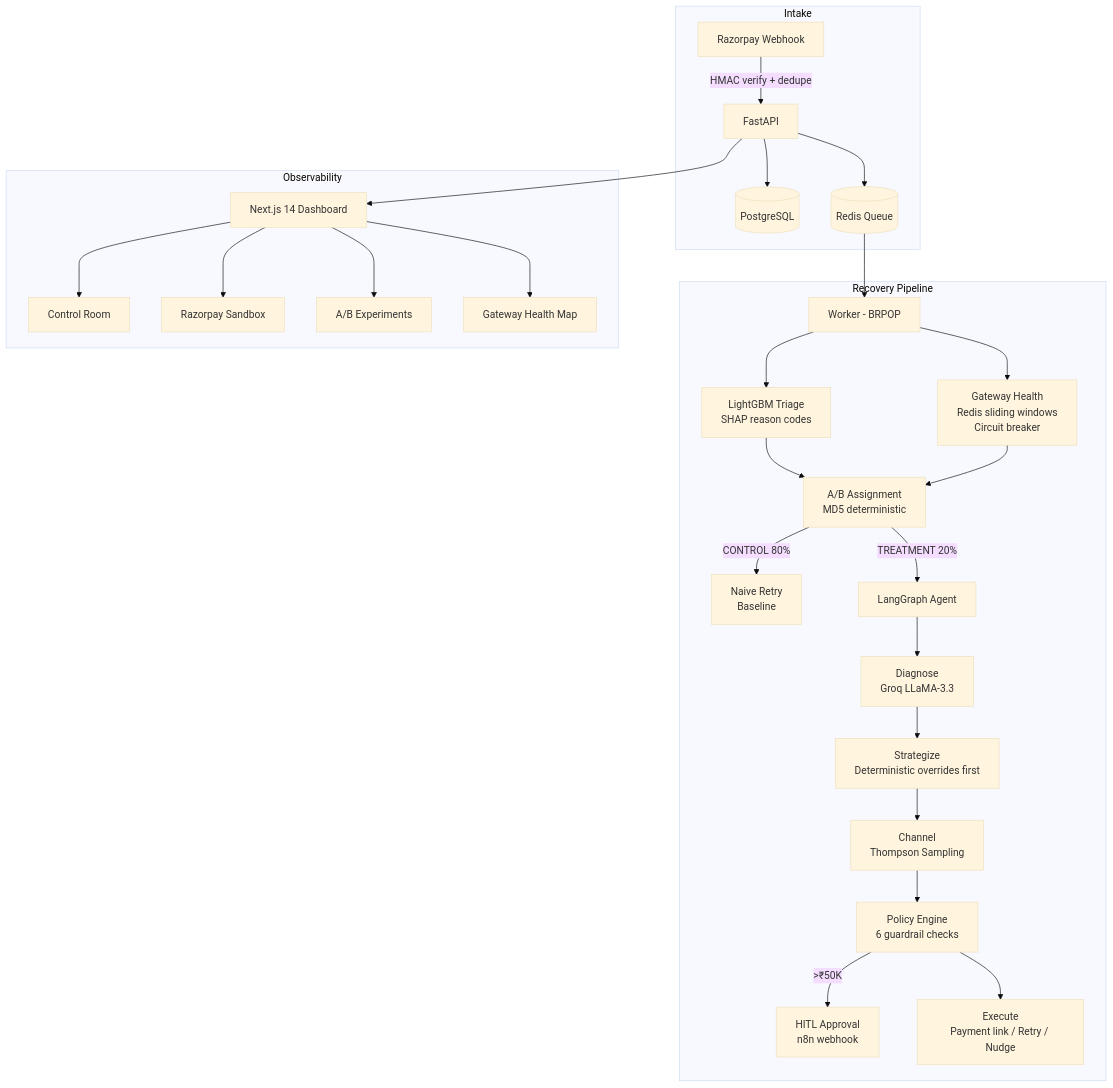
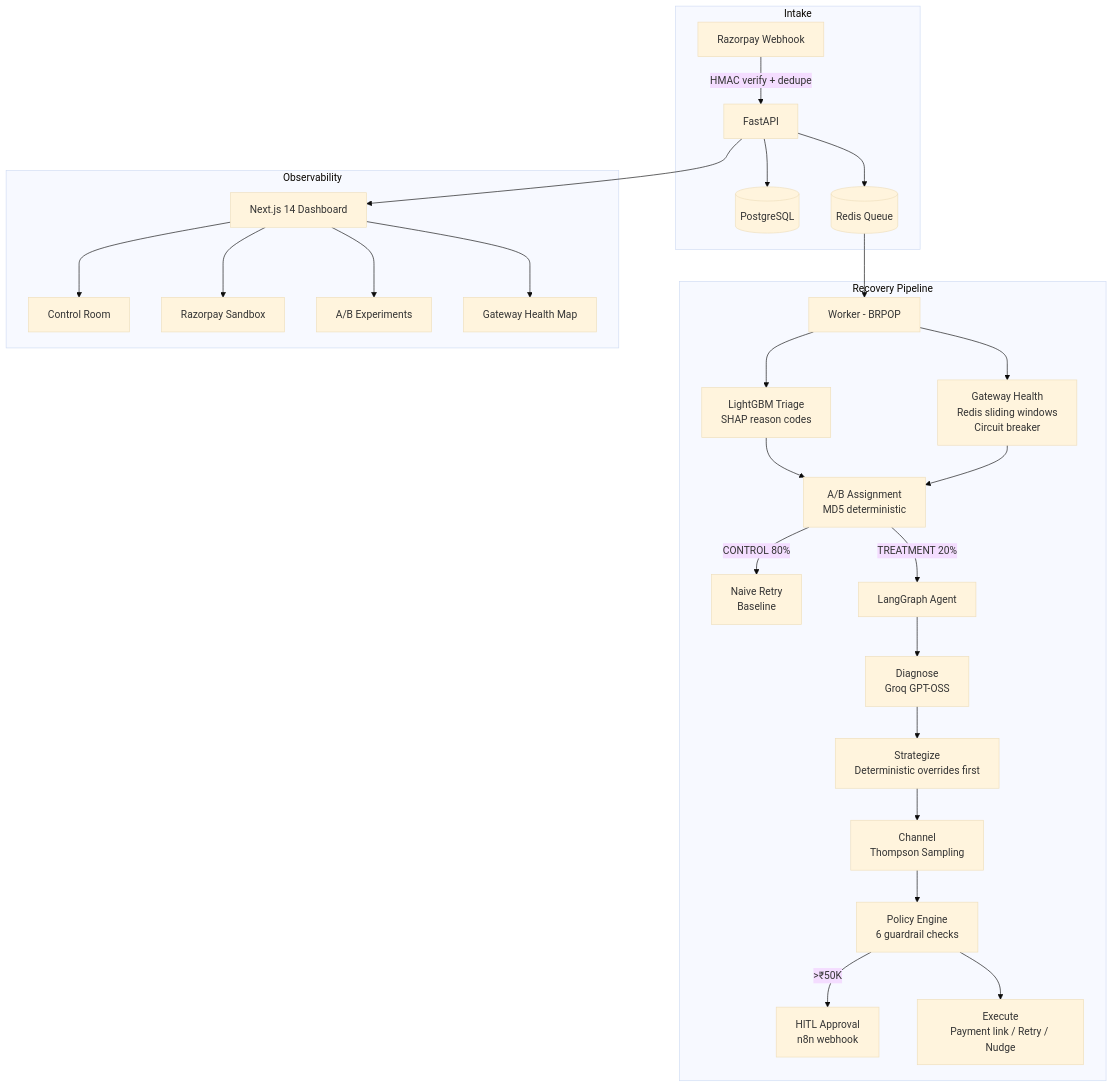
Before and after one commit to tusharg007/revenueguard-ai: the diagram in README.md, drawn with Mermaid (base theme). The commit also changed other lines of this file and 1 other file, not shown here.

````diff
--- a/README.md
+++ b/README.md
@@ -21,31 +21,31 @@
 ```mermaid
 flowchart TD
     subgraph Intake
         RZ[Razorpay Webhook] -->|HMAC verify + dedupe| API[FastAPI]
         API --> DB[(PostgreSQL)]
         API --> Q[(Redis Queue)]
     end
 
     subgraph Recovery Pipeline
         Q --> W[Worker - BRPOP]
         W --> ML[LightGBM Triage\nSHAP reason codes]
         W --> GH[Gateway Health\nRedis sliding windows\nCircuit breaker]
         ML & GH --> EXP[A/B Assignment\nMD5 deterministic]
         EXP -->|CONTROL 80%| BL[Naive Retry\nBaseline]
         EXP -->|TREATMENT 20%| AG[LangGraph Agent]
-        AG --> D[Diagnose\nGroq LLaMA-3.3]
+        AG --> D[Diagnose\nGroq GPT-OSS]
         D --> S[Strategize\nDeterministic overrides first]
         S --> CH[Channel\nThompson Sampling]
         CH --> PE[Policy Engine\n6 guardrail checks]
         PE -->|>₹50K| HITL[HITL Approval\nn8n webhook]
         PE --> EX[Execute\nPayment link / Retry / Nudge]
     end
 
     subgraph Observability
         API --> UI[Next.js 14 Dashboard]
         UI --> CR[Control Room]
         UI --> SB[Razorpay Sandbox]
         UI --> AB[A/B Experiments]
         UI --> GHV[Gateway Health Map]
     end
 ```
````
